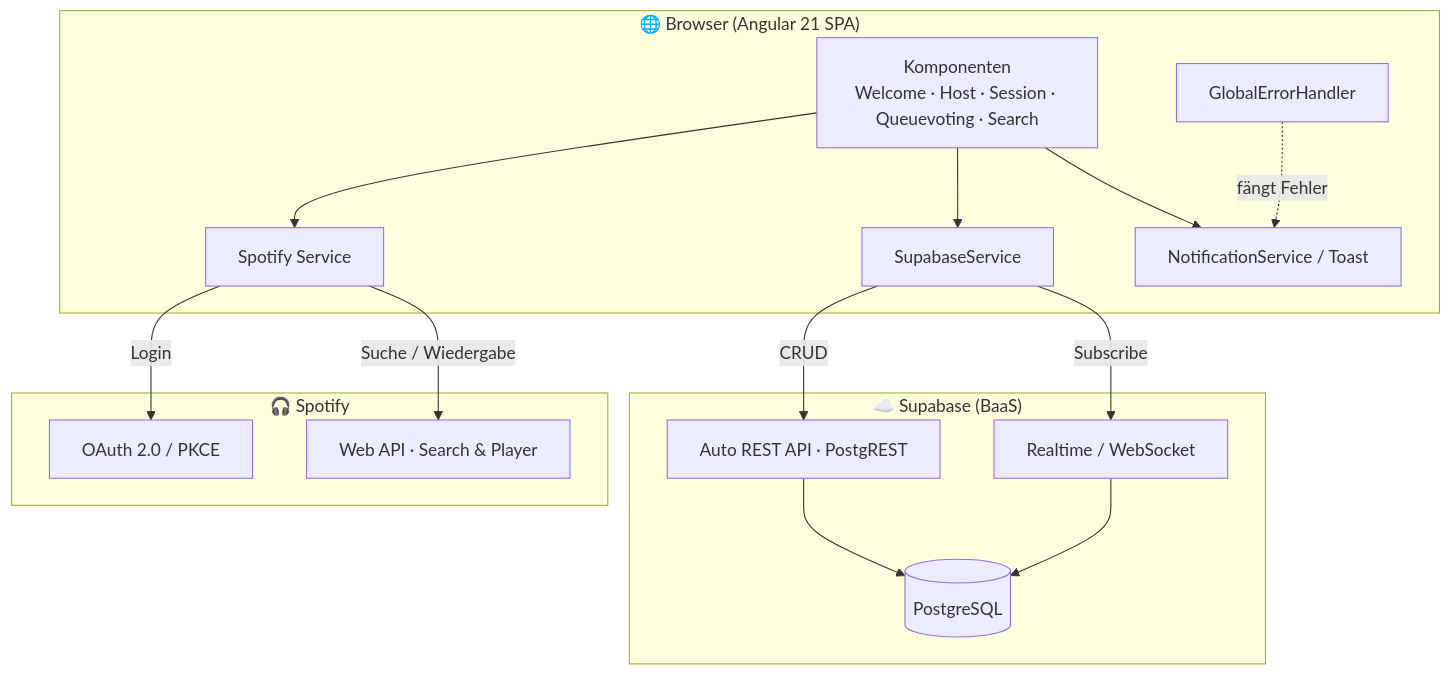
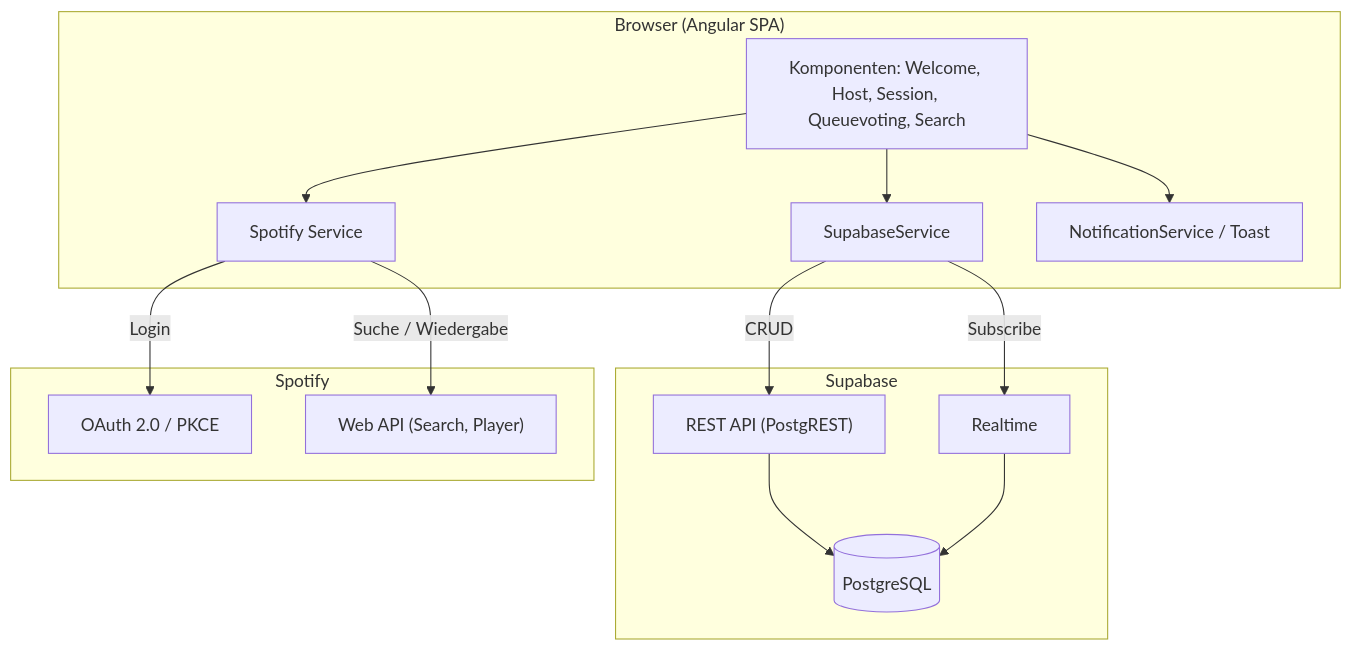
Before and after one commit to christian-hnl/UpNext: the first of 2 diagrams in Projektmanagment/03_pflichtenheft.md, drawn with Mermaid. The commit also changed other lines of this file and 8 other files, not shown here.

````diff
--- a/Projektmanagment/03_pflichtenheft.md
+++ b/Projektmanagment/03_pflichtenheft.md
@@ -176,32 +141,30 @@
 ```mermaid
 flowchart TB
-    subgraph Client["🌐 Browser (Angular 21 SPA)"]
-        UI[Komponenten<br/>Welcome · Host · Session · Queuevoting · Search]
-        SS[SupabaseService]
-        SP[Spotify Service]
-        NS[NotificationService / Toast]
-        EH[GlobalErrorHandler]
+    subgraph Client["Browser (Angular SPA)"]
+        UI["Komponenten: Welcome, Host, Session, Queuevoting, Search"]
+        SS["SupabaseService"]
+        SP["Spotify Service"]
+        NS["NotificationService / Toast"]
     end
 
-    subgraph Supabase["☁️ Supabase (BaaS)"]
-        DB[(PostgreSQL)]
-        RT[Realtime / WebSocket]
-        REST[Auto REST API · PostgREST]
+    subgraph Supabase["Supabase"]
+        DB[("PostgreSQL")]
+        RT["Realtime"]
+        REST["REST API (PostgREST)"]
     end
 
-    subgraph SpotifyCloud["🎧 Spotify"]
-        AUTH[OAuth 2.0 / PKCE]
-        WEBAPI[Web API · Search & Player]
+    subgraph SpotifyCloud["Spotify"]
+        AUTH["OAuth 2.0 / PKCE"]
+        WEBAPI["Web API (Search, Player)"]
     end
 
     UI --> SS
     UI --> SP
     UI --> NS
     SS -->|CRUD| REST
     SS -->|Subscribe| RT
     REST --> DB
     RT --> DB
     SP -->|Login| AUTH
     SP -->|Suche / Wiedergabe| WEBAPI
-    EH -.fängt Fehler.-> NS
 ```
````
